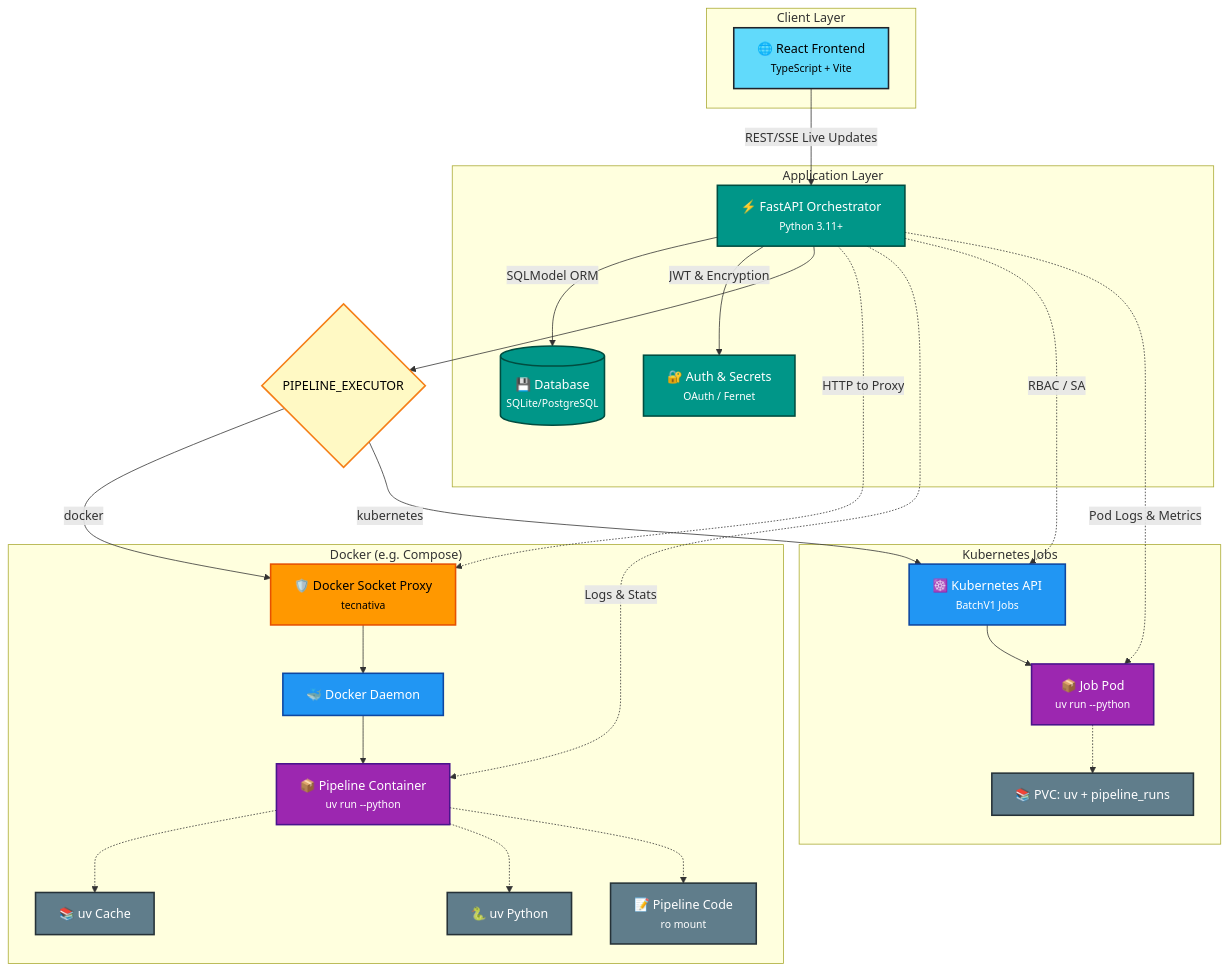
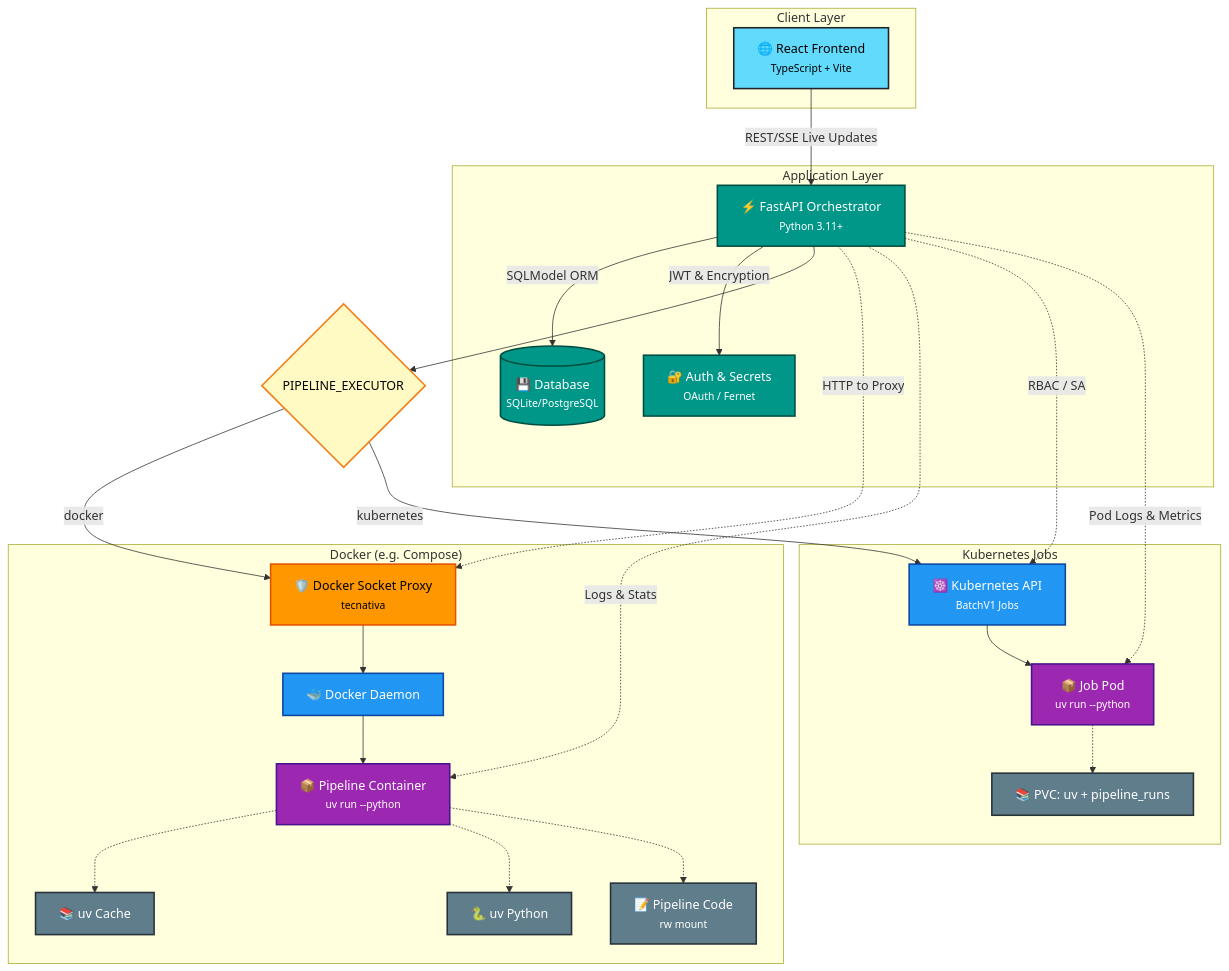
Before and after one commit to ttuhin03/fastflow: the diagram in README.md, drawn with Mermaid. The commit also changed other lines of this file and 3 other files, not shown here.

````diff
--- a/README.md
+++ b/README.md
@@ -213,65 +213,65 @@
 ```mermaid
 flowchart TB
     subgraph ClientLayer["Client Layer"]
         A["🌐 React Frontend<br/><small>TypeScript + Vite</small>"]
     end
 
     subgraph AppLayer["Application Layer"]
         B["⚡ FastAPI Orchestrator<br/><small>Python 3.11+</small>"]
         C[("💾 Database<br/><small>SQLite/PostgreSQL</small>")]
         D["🔐 Auth & Secrets<br/><small>OAuth / Fernet</small>"]
     end
 
     A -->|"REST/SSE Live Updates"| B
     B -->|"SQLModel ORM"| C
     B -->|"JWT & Encryption"| D
 
     PE{"PIPELINE_EXECUTOR"}
     B --> PE
 
     subgraph DockerPfad["Docker (e.g. Compose)"]
         E["🛡️ Docker Socket Proxy<br/><small>tecnativa</small>"]
         F["🐳 Docker Daemon"]
         G["📦 Pipeline Container<br/><small>uv run --python</small>"]
         H["📚 uv Cache"]
         J["🐍 uv Python"]
-        I["📝 Pipeline Code<br/><small>ro mount</small>"]
+        I["📝 Pipeline Code<br/><small>rw mount</small>"]
     end
 
     subgraph K8sPfad["Kubernetes Jobs"]
         K["☸️ Kubernetes API<br/><small>BatchV1 Jobs</small>"]
         L["📦 Job Pod<br/><small>uv run --python</small>"]
         M["📚 PVC: uv + pipeline_runs"]
     end
 
     PE -->|docker| E
     E --> F
     F --> G
     G -.-> H
     G -.-> J
     G -.-> I
     B -.->|"HTTP to Proxy"| E
     B -.->|"Logs & Stats"| G
 
     PE -->|kubernetes| K
     K --> L
     L -.-> M
     B -.->|"RBAC / SA"| K
     B -.->|"Pod Logs & Metrics"| L
 
     classDef frontend fill:#61dafb,stroke:#20232a,stroke-width:2px,color:#000
     classDef backend fill:#009688,stroke:#004d40,stroke-width:2px,color:#fff
     classDef security fill:#ff9800,stroke:#e65100,stroke-width:2px,color:#000
     classDef infra fill:#2196f3,stroke:#0d47a1,stroke-width:2px,color:#fff
     classDef execution fill:#9c27b0,stroke:#4a148c,stroke-width:2px,color:#fff
     classDef storage fill:#607d8b,stroke:#263238,stroke-width:2px,color:#fff
     classDef decision fill:#fff9c4,stroke:#f57f17,stroke-width:2px,color:#000
 
     class A frontend
     class B,C,D backend
     class E security
     class F,K infra
     class G,L execution
     class H,I,J,M storage
     class PE decision
 ```
````
